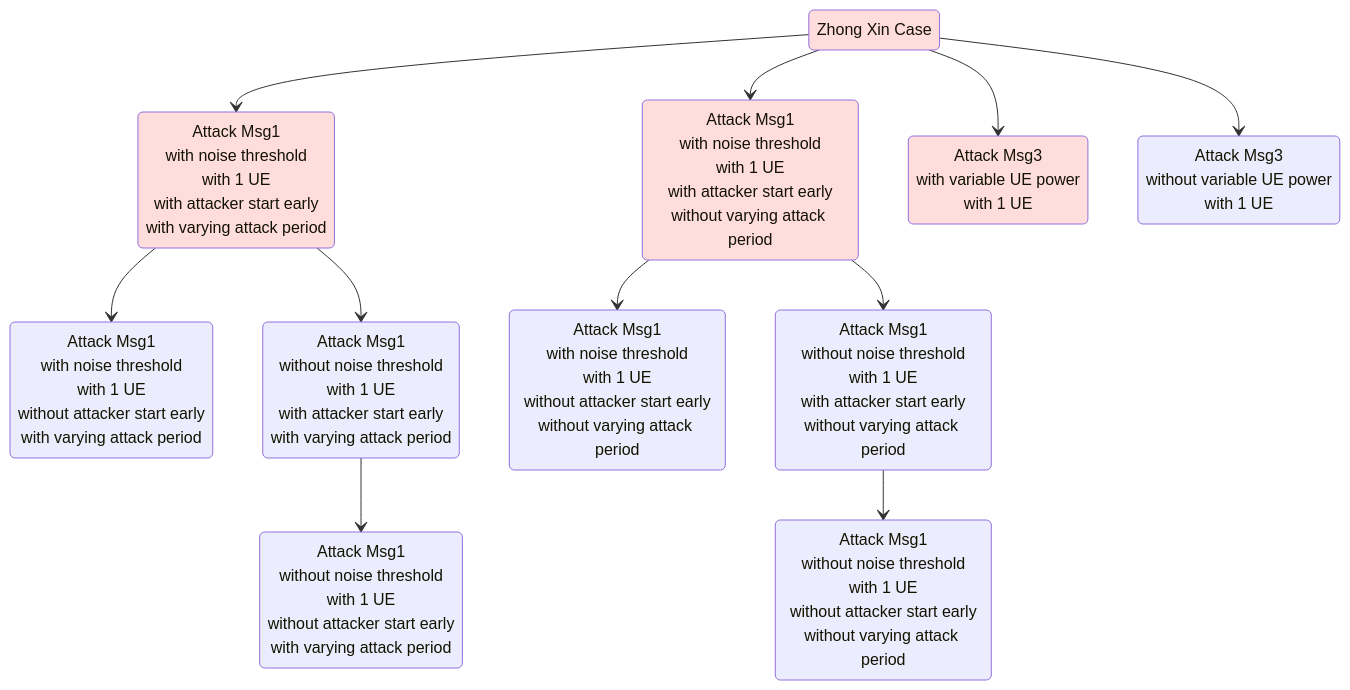
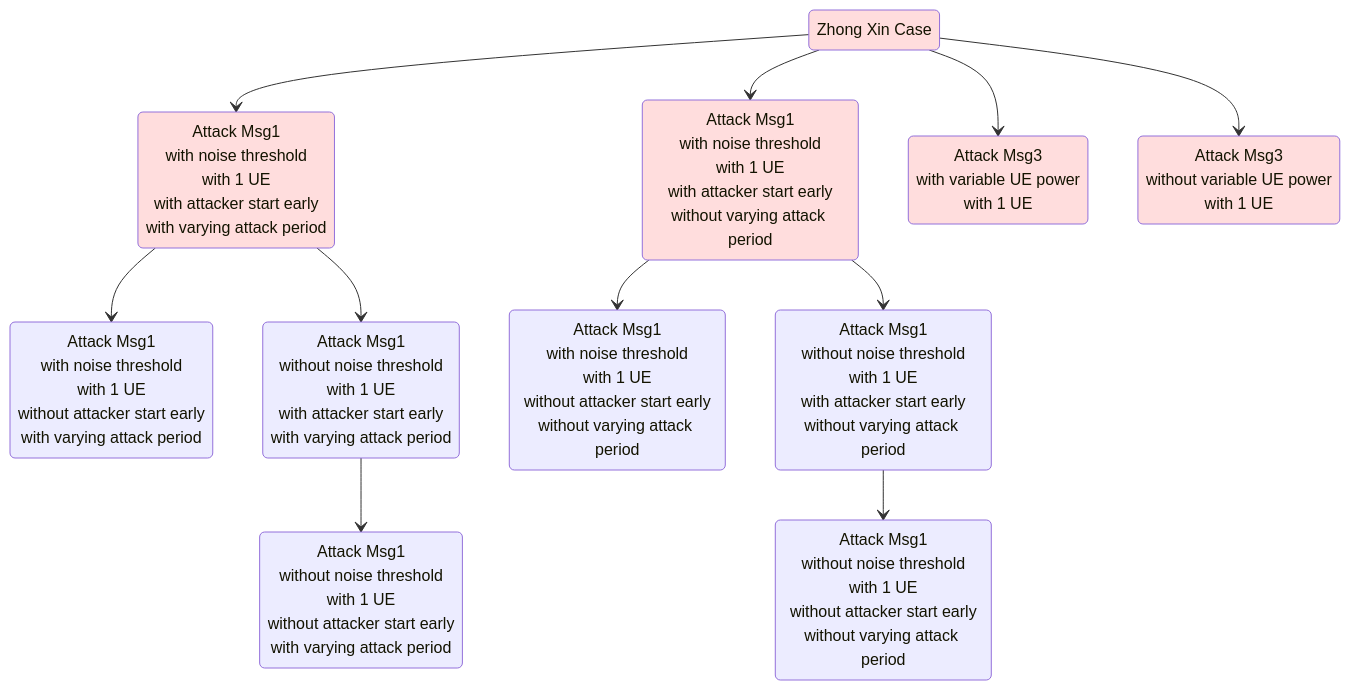
The second of 4 diagrams in docs/20250307 Thesis (PRACH Attack Problem Definition).md (bmw-ece-ntust/wilfrid-prach-attack-analysis), drawn with Mermaid before and after one commit.

Commit message:
Update 20250307 Thesis (PRACH Attack Problem Definition).md

````diff
--- a/docs/20250307 Thesis (PRACH Attack Problem Definition).md
+++ b/docs/20250307 Thesis (PRACH Attack Problem Definition).md
@@ -147,34 +147,34 @@
 ```mermaid
 stateDiagram-v2
     classDef zhongXinCase fill:#fdd
 
     s1: Zhong Xin Case
     
     s13: Attack Msg3<br>with variable UE power<br>with 1 UE
     s15: Attack Msg3<br>without variable UE power<br>with 1 UE
 
     s25: Attack Msg1<br>with noise threshold<br>with 1 UE<br>with attacker start early<br>with varying attack period
     s26: Attack Msg1<br>with noise threshold<br>with 1 UE<br>with attacker start early<br>without varying attack period
     s27: Attack Msg1<br>with noise threshold<br>with 1 UE<br>without attacker start early<br>with varying attack period
     s28: Attack Msg1<br>with noise threshold<br>with 1 UE<br>without attacker start early<br>without varying attack period
 
     s33: Attack Msg1<br>without noise threshold<br>with 1 UE<br>with attacker start early<br>with varying attack period
     s34: Attack Msg1<br>without noise threshold<br>with 1 UE<br>with attacker start early<br>without varying attack period
     s35: Attack Msg1<br>without noise threshold<br>with 1 UE<br>without attacker start early<br>with varying attack period
     s36: Attack Msg1<br>without noise threshold<br>with 1 UE<br>without attacker start early<br>without varying attack period
 
     s1 --> s25
     s1 --> s26
     s1 --> s13
     s1 --> s15
 
     s25 --> s27
     s25 --> s33
     s33 --> s35
 
     s26 --> s28
     s26 --> s34
     s34 --> s36
 
-    class s1,s25,s26,s13 zhongXinCase
+    class s1,s25,s26,s13,s15 zhongXinCase
 ```
````
